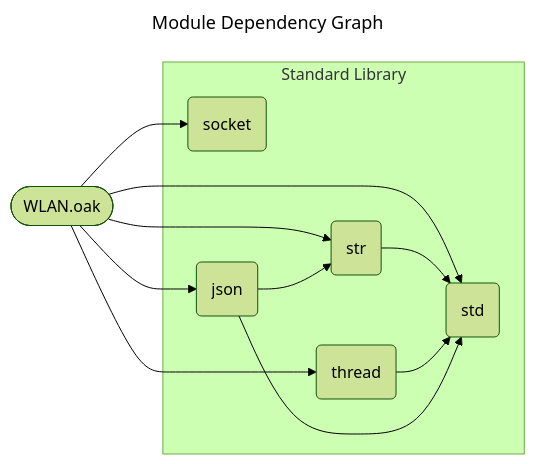
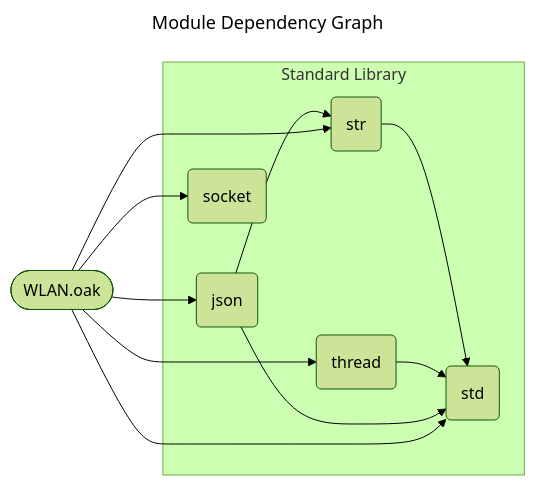
Before and after one commit to SpcFORK/magnolia: the diagram in docs/spec/WLAN.mmd, drawn with Mermaid (forest theme). The commit also changed other lines of this file and 148 other files, not shown here.

First line of the commit message:
Refactor module dependency graphs and improve code generation

```diff
--- a/docs/spec/WLAN.mmd
+++ b/docs/spec/WLAN.mmd
@@ -1,21 +1,21 @@
 ---
 title: Module Dependency Graph
 ---
 flowchart LR
     lib_WLAN_oak(["WLAN.oak"])
     subgraph stdlib_core ["Standard Library"]
-        socket("socket")
-        std("std")
         str("str")
         thread("thread")
         json("json")
+        socket("socket")
+        std("std")
     end
+    str --> std
+    thread --> std
+    json --> std
+    json --> str
     lib_WLAN_oak --> std
     lib_WLAN_oak --> str
     lib_WLAN_oak --> thread
     lib_WLAN_oak --> json
     lib_WLAN_oak --> socket
-    str --> std
-    thread --> std
-    json --> std
-    json --> str
```
